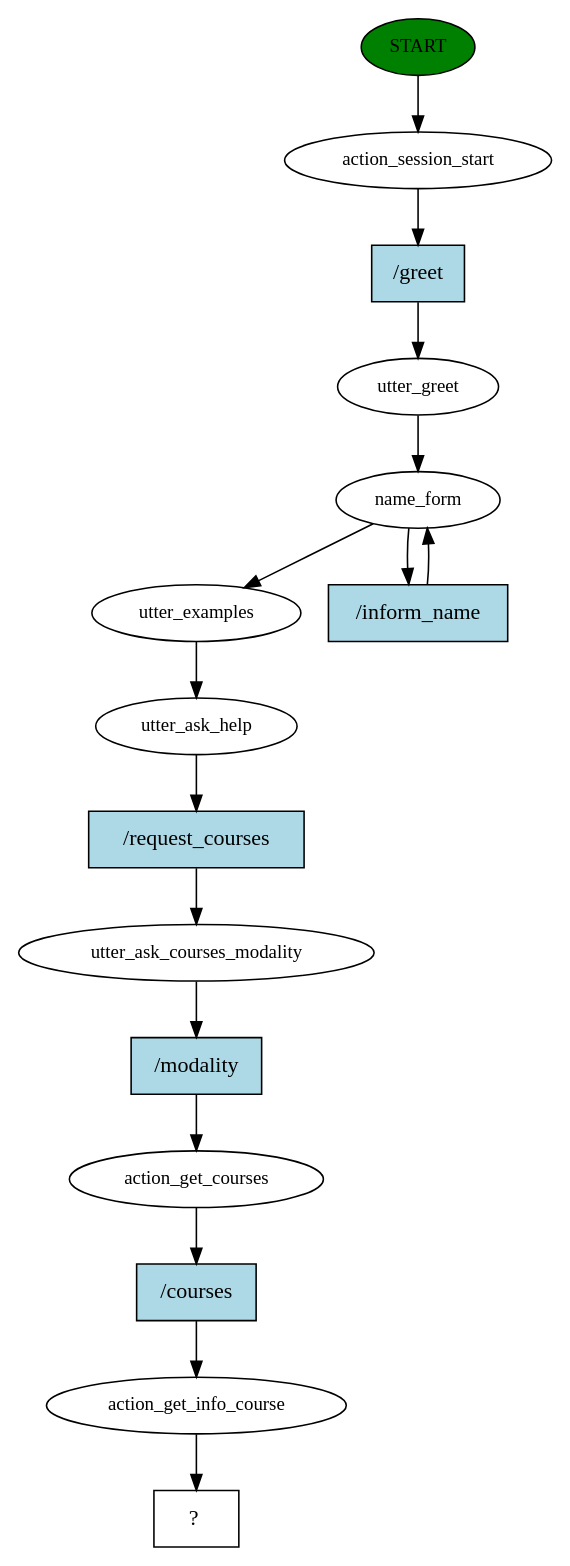
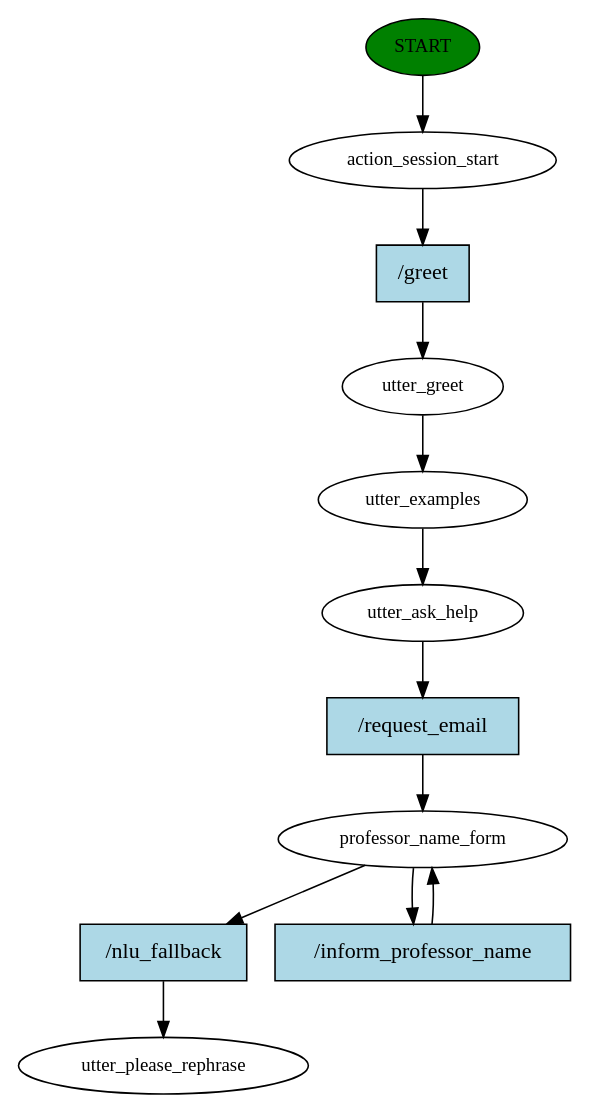
One commit to ofernandobarbosa/chatbot_IF changed the diagram in story_graph.dot. Above: the diagram before and after it, drawn with Graphviz. The commit also changed 11 other files, not shown here.

```diff
--- a/story_graph.dot
+++ b/story_graph.dot
@@ -1,32 +1,24 @@
 digraph  {
 0 [class="start active", fillcolor=green, fontsize=12, label=START, style=filled];
 1 [class=active, fontsize=12, label=action_session_start];
 2 [class=active, fontsize=12, label=utter_greet];
-3 [class=active, fontsize=12, label=name_form];
-5 [class=active, fontsize=12, label=utter_examples];
-6 [class=active, fontsize=12, label=utter_ask_help];
-7 [class=active, fontsize=12, label=utter_ask_courses_modality];
-8 [class=active, fontsize=12, label=action_get_courses];
-9 [class=active, fontsize=12, label=action_get_info_course];
-10 [class="intent dashed active", label="  ?  ", shape=rect];
-11 [class="intent active", fillcolor=lightblue, label="/greet", shape=rect, style=filled];
-12 [class="intent active", fillcolor=lightblue, label="/inform_name", shape=rect, style=filled];
-13 [class="intent active", fillcolor=lightblue, label="/request_courses", shape=rect, style=filled];
-14 [class="intent active", fillcolor=lightblue, label="/modality", shape=rect, style=filled];
-15 [class="intent active", fillcolor=lightblue, label="/courses", shape=rect, style=filled];
+3 [class=active, fontsize=12, label=utter_examples];
+4 [class=active, fontsize=12, label=utter_ask_help];
+5 [class=active, fontsize=12, label=professor_name_form];
+7 [class="dashed active", fontsize=12, label=utter_please_rephrase];
+8 [class="intent active", fillcolor=lightblue, label="/greet", shape=rect, style=filled];
+9 [class="intent active", fillcolor=lightblue, label="/request_email", shape=rect, style=filled];
+10 [class="intent active", fillcolor=lightblue, label="/nlu_fallback", shape=rect, style=filled];
+11 [class="intent active", fillcolor=lightblue, label="/inform_professor_name", shape=rect, style=filled];
 0 -> 1  [class=active, key=NONE, label=""];
-1 -> 11  [class=active, key=0];
+1 -> 8  [class=active, key=0];
 2 -> 3  [class=active, key=NONE, label=""];
-3 -> 5  [class=active, key=NONE, label=""];
-3 -> 12  [class=active, key=0];
-5 -> 6  [class=active, key=NONE, label=""];
-6 -> 13  [class=active, key=0];
-7 -> 14  [class=active, key=0];
-8 -> 15  [class=active, key=0];
-9 -> 10  [class=active, key=NONE, label=""];
-11 -> 2  [class=active, key=0];
-12 -> 3  [class=active, key=0];
-13 -> 7  [class=active, key=0];
-14 -> 8  [class=active, key=0];
-15 -> 9  [class=active, key=0];
+3 -> 4  [class=active, key=NONE, label=""];
+4 -> 9  [class=active, key=0];
+5 -> 10  [class=active, key=0];
+5 -> 11  [class=active, key=0];
+8 -> 2  [class=active, key=0];
+9 -> 5  [class=active, key=0];
+10 -> 7  [class=active, key=0];
+11 -> 5  [class=active, key=0];
 }
```
